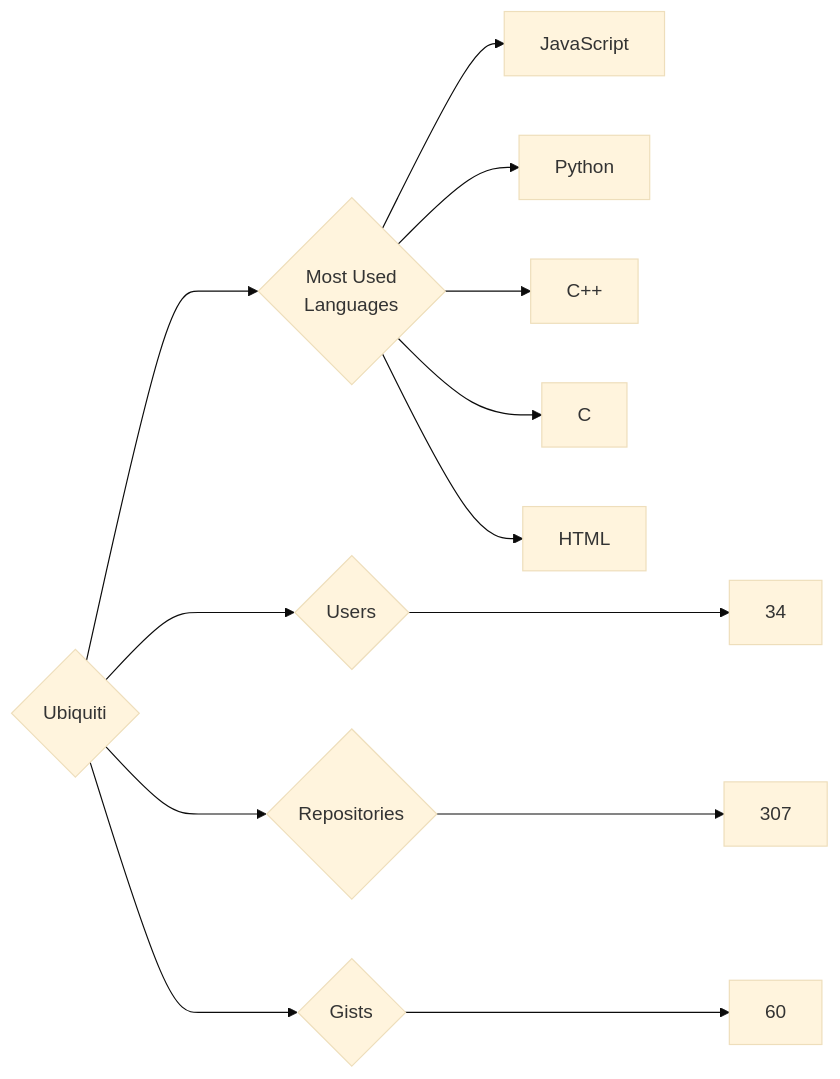
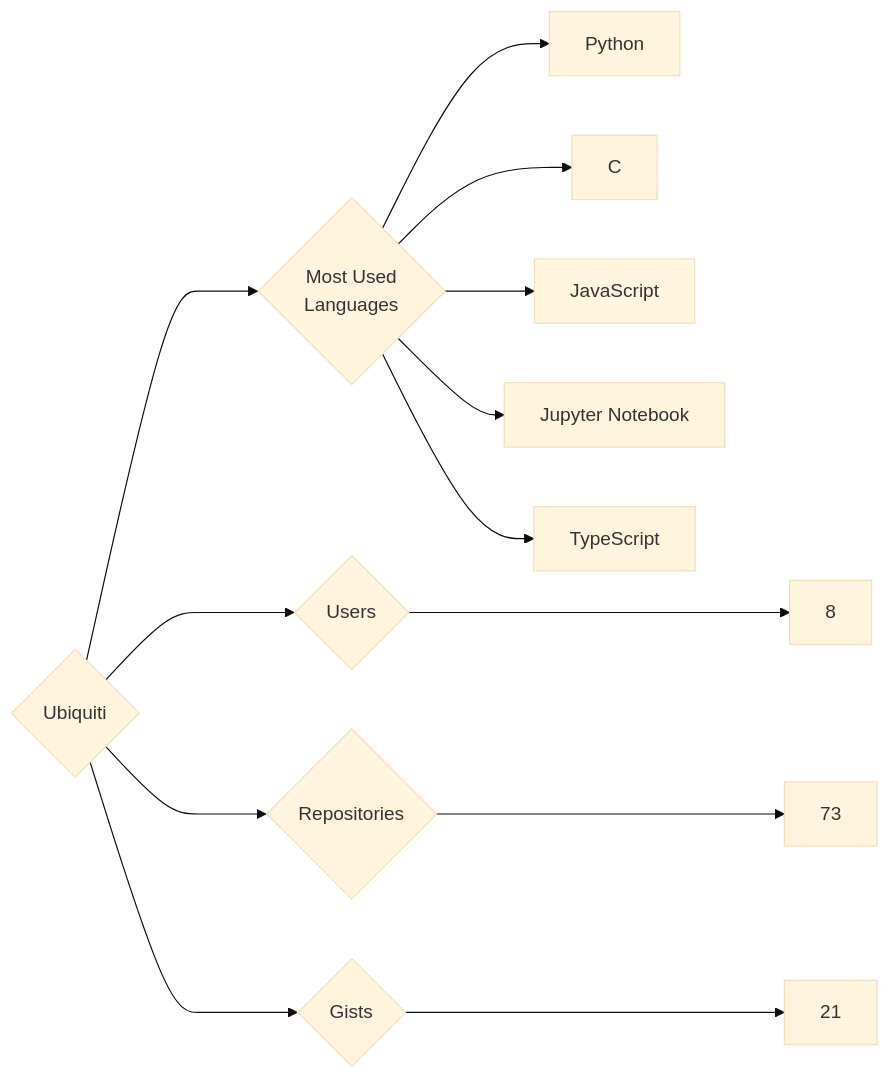
Before and after one commit to trickest/insiders: the diagram in targets/Ubiquiti/README.md, drawn with Mermaid (base theme). The commit also changed 953 other files, not shown here.

````diff
--- a/targets/Ubiquiti/README.md
+++ b/targets/Ubiquiti/README.md
@@ -3,13 +3,13 @@
 ```mermaid
 graph LR
 COMPANY_NAME{Ubiquiti}
-COMPANY_NAME ---> U{Users} ---> UN[34]
-COMPANY_NAME ---> R{Repositories} ---> RN[307]
-COMPANY_NAME ---> G{Gists} ---> GN[60]
+COMPANY_NAME ---> U{Users} ---> UN[8]
+COMPANY_NAME ---> R{Repositories} ---> RN[73]
+COMPANY_NAME ---> G{Gists} ---> GN[21]
 COMPANY_NAME ---> ML{Most Used<br>Languages}
+ML --> Python[Python]
+ML --> C[C]
 ML --> JavaScript[JavaScript]
-ML --> Python[Python]
-ML --> C++[C++]
-ML --> C[C]
-ML --> HTML[HTML]
+ML --> Jupyter_Notebook[Jupyter Notebook]
+ML --> TypeScript[TypeScript]
 ```
````
